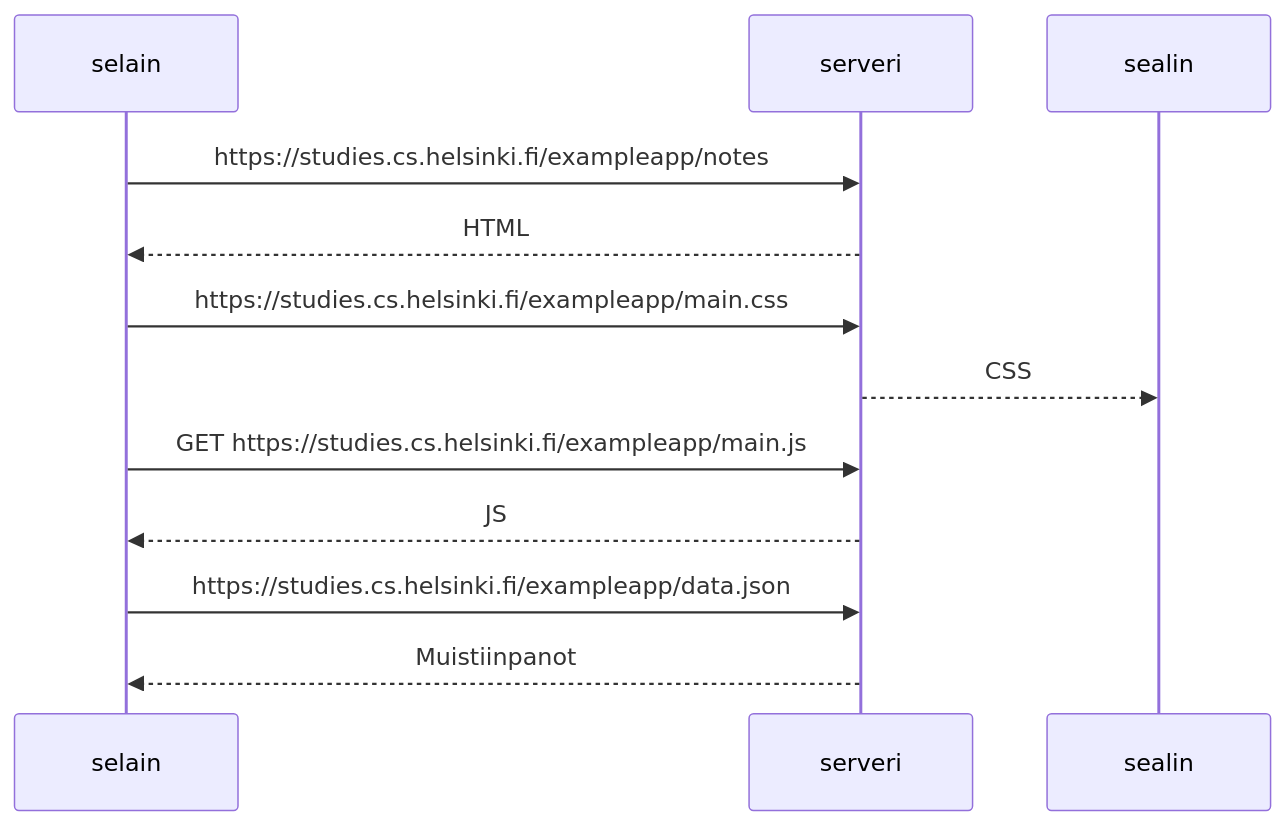
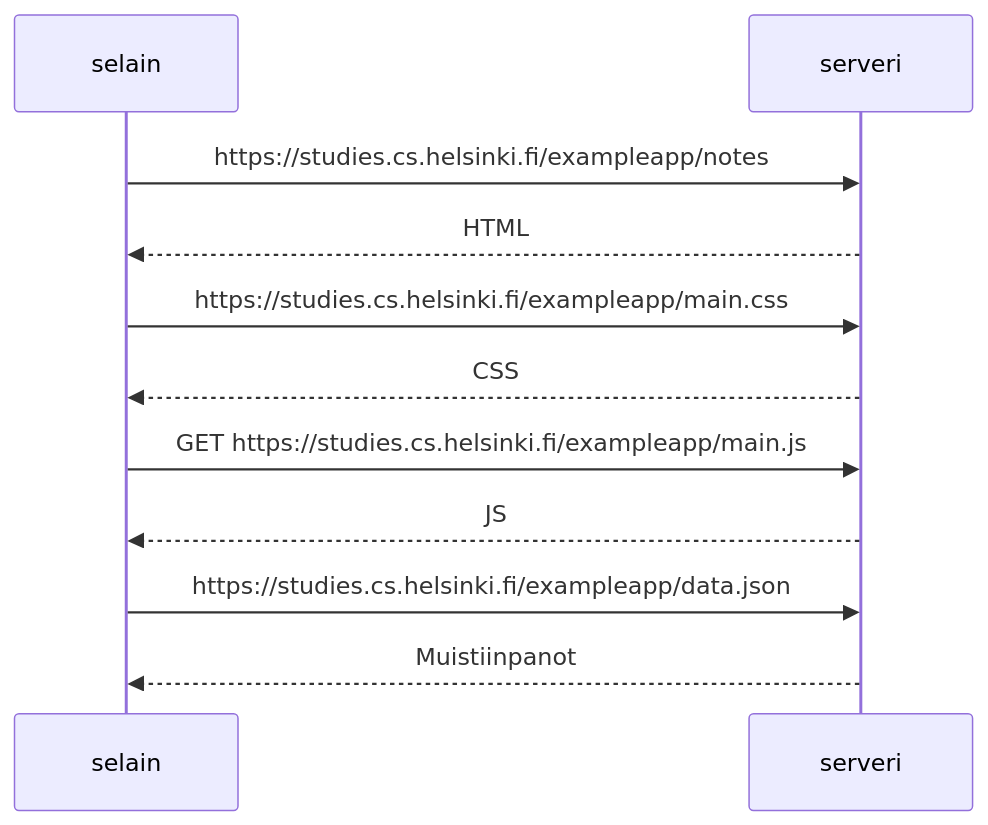
The diagram in Web-sovellusten-toimintaperiaatteet/README.md (Robsoni99/Ohjelmointi-2-vuosi), drawn with Mermaid before and after one commit.

````diff
--- a/Web-sovellusten-toimintaperiaatteet/README.md
+++ b/Web-sovellusten-toimintaperiaatteet/README.md
@@ -1,17 +1,17 @@
 ```mermaid
 sequenceDiagram
     participant selain
     participant serveri
     
     selain->>serveri: https://studies.cs.helsinki.fi/exampleapp/notes
     serveri-->>selain: HTML
     
     selain->>serveri: https://studies.cs.helsinki.fi/exampleapp/main.css
-    serveri-->>sealin: CSS
+    serveri-->>selain: CSS
     
     selain->>serveri: GET https://studies.cs.helsinki.fi/exampleapp/main.js
     serveri-->>selain: JS
         
     selain->>serveri: https://studies.cs.helsinki.fi/exampleapp/data.json
     serveri-->>selain: Muistiinpanot
 ```
````
